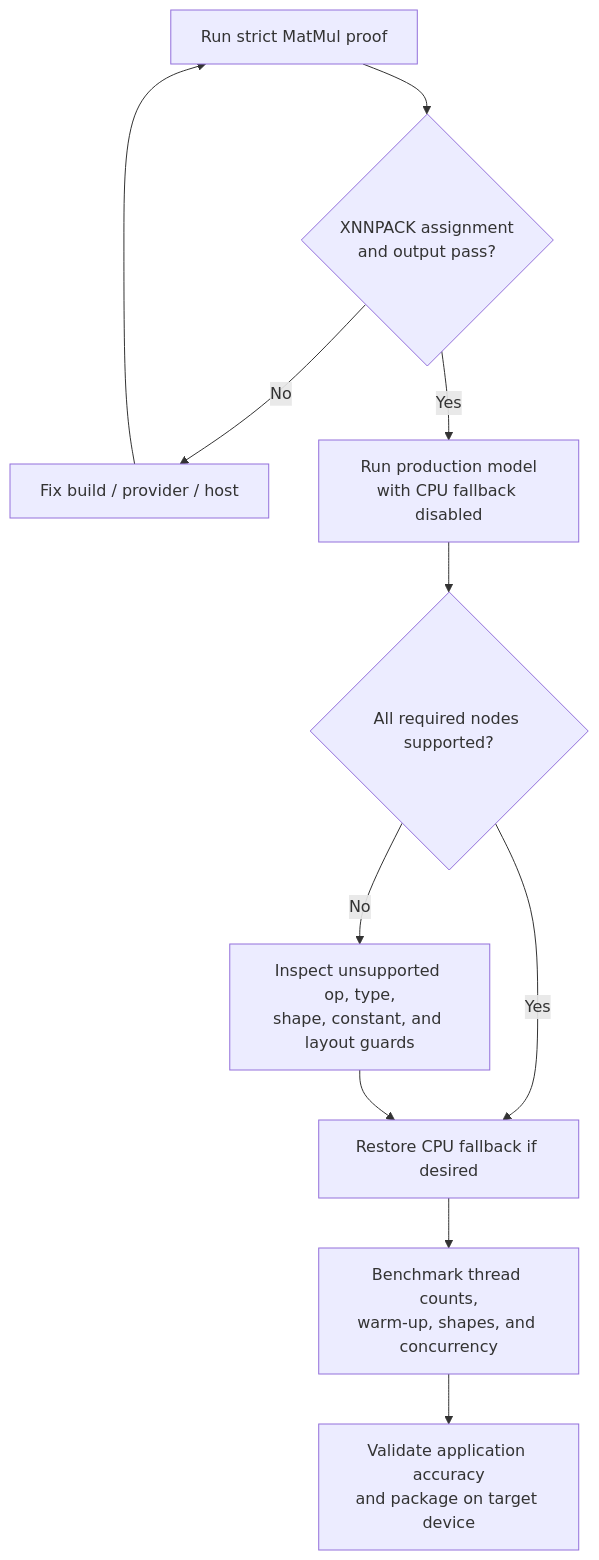
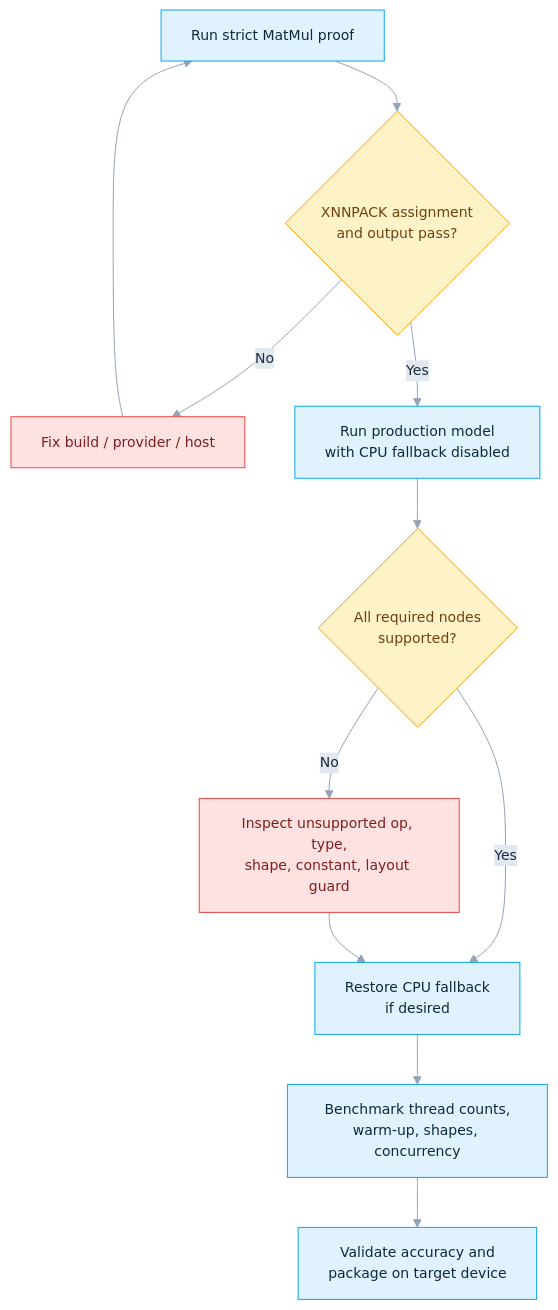
One commit to DakeQQ/Tutorial-ONNX-Runtime-Execution-Providers changed the tenth of 11 diagrams in XNNPACK/README.md. Above: the diagram before and after it, drawn with Mermaid. The commit also changed other lines of this file and 15 other files, not shown here.

````diff
--- a/XNNPACK/README.md
+++ b/XNNPACK/README.md
@@ -522,13 +702,20 @@
 ```mermaid
+%%{init: {"theme":"base","themeVariables":{"fontSize":"14px","lineColor":"#94a3b8","edgeLabelBackground":"#e2e8f0","primaryTextColor":"#1e293b"}}}%%
 flowchart TD
     A["Run strict MatMul proof"] --> B{"XNNPACK assignment<br/>and output pass?"}
     B -->|No| C["Fix build / provider / host"]
     C --> A
     B -->|Yes| D["Run production model<br/>with CPU fallback disabled"]
-    D --> E{"All required nodes supported?"}
-    E -->|No| F["Inspect unsupported op, type,<br/>shape, constant, and layout guards"]
-    E -->|Yes| G["Restore CPU fallback if desired"]
+    D --> E{"All required nodes<br/>supported?"}
+    E -->|No| F["Inspect unsupported op, type,<br/>shape, constant, layout guard"]
+    E -->|Yes| G["Restore CPU fallback<br/>if desired"]
     F --> G
-    G --> H["Benchmark thread counts,<br/>warm-up, shapes, and concurrency"]
-    H --> I["Validate application accuracy<br/>and package on target device"]
+    G --> H["Benchmark thread counts,<br/>warm-up, shapes, concurrency"]
+    H --> I["Validate accuracy and<br/>package on target device"]
+    classDef step fill:#e0f2fe,stroke:#0ea5e9,color:#0c2a3d;
+    classDef dec fill:#fef3c7,stroke:#f59e0b,color:#713f12;
+    classDef bad fill:#fee2e2,stroke:#ef4444,color:#7f1d1d;
+    class A,D,G,H,I step;
+    class B,E dec;
+    class C,F bad;
 ```
````
